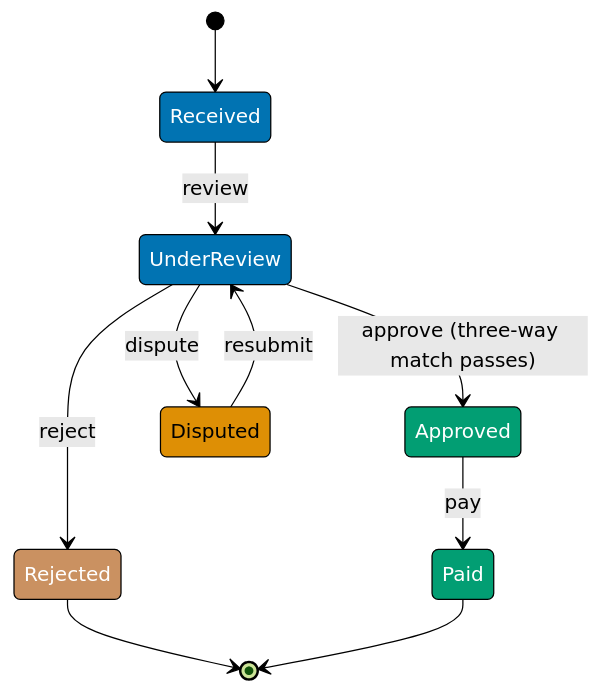
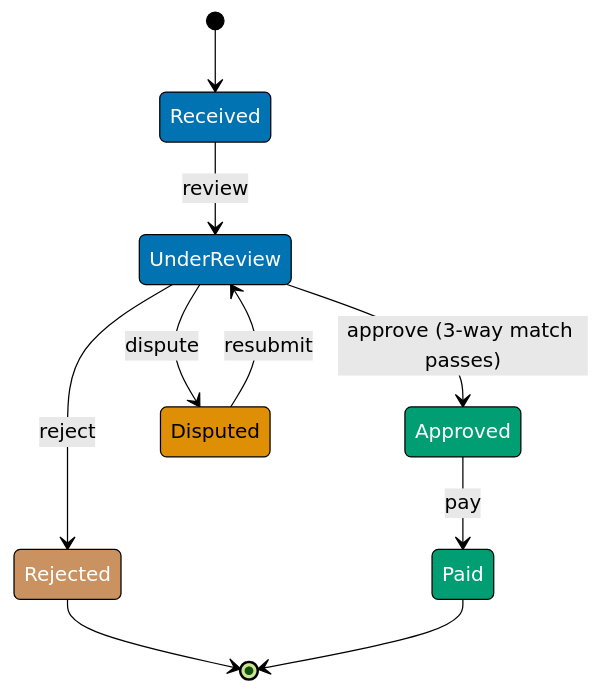
One commit to wahidyankf/baseerah changed the first of 2 diagrams in apps/ayokoding-www/content/en/learn/software-engineering/software-architecture/finite-state-machine-fsm/in-fp-by-example/intermediate.md. Above: the diagram before and after it, drawn with Mermaid (forest theme). The commit also changed 88 other files, not shown here.

First line of the commit message:
fix(ayokoding-www): resolve pre-existing Mermaid violations, exclude fixtures/plans-done

````diff
--- a/apps/ayokoding-www/content/en/learn/software-engineering/software-architecture/finite-state-machine-fsm/in-fp-by-example/intermediate.md
+++ b/apps/ayokoding-www/content/en/learn/software-engineering/software-architecture/finite-state-machine-fsm/in-fp-by-example/intermediate.md
@@ -33,22 +33,22 @@
 ```mermaid
 stateDiagram-v2
     [*] --> Received
     Received --> UnderReview: review
-    UnderReview --> Approved: approve (three-way match passes)
+    UnderReview --> Approved: approve (3-way match passes)
     UnderReview --> Disputed: dispute
     Disputed --> UnderReview: resubmit
     Approved --> Paid: pay
     UnderReview --> Rejected: reject
     Rejected --> [*]
     Paid --> [*]
 
     classDef active fill:#0173B2,stroke:#000,color:#fff
     classDef warning fill:#DE8F05,stroke:#000,color:#000
     classDef success fill:#029E73,stroke:#000,color:#fff
     classDef terminal fill:#CA9161,stroke:#000,color:#fff
 
     class Received,UnderReview active
     class Disputed warning
     class Approved,Paid success
     class Rejected terminal
 ```
````
